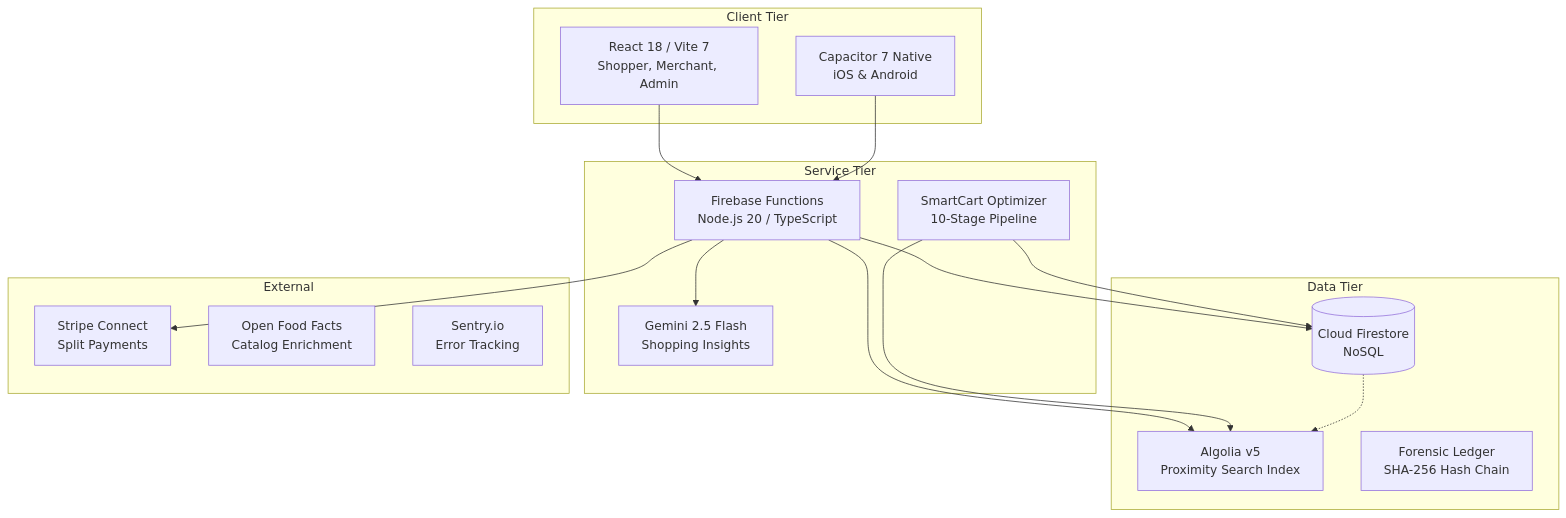
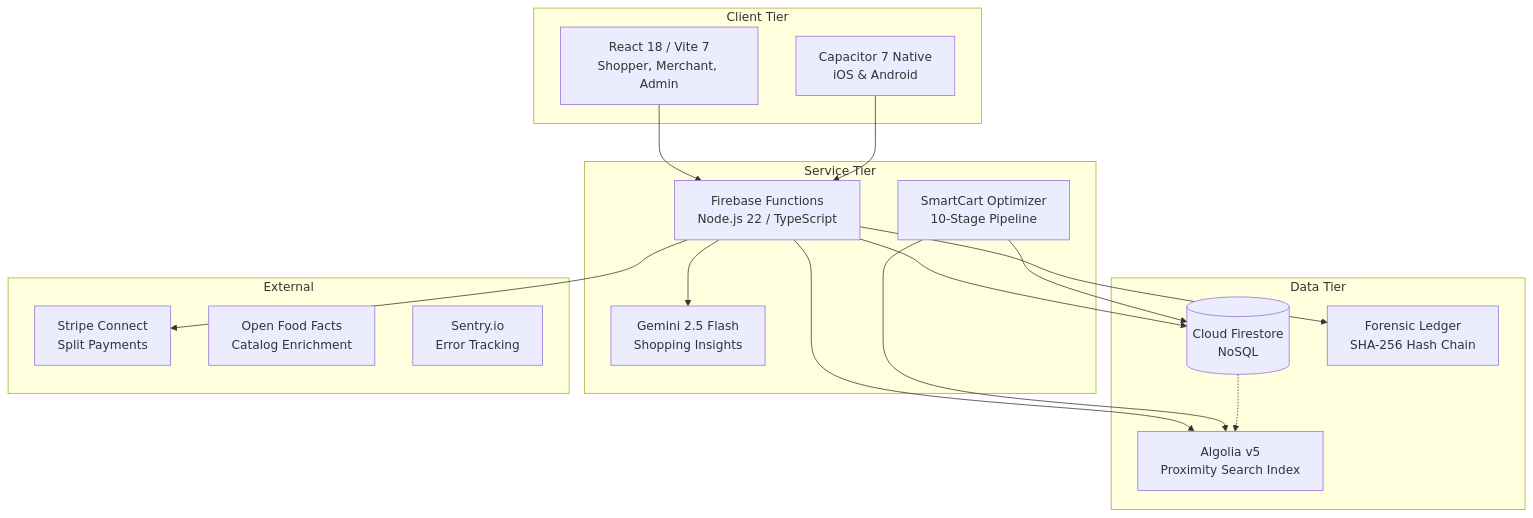
One commit to spendigo-admin/spendigo-v1-relational_db changed the diagram in docs/ARCHITECTURE.md. Above: the diagram before and after it, drawn with Mermaid. The commit also changed other lines of this file and 29 other files, not shown here.

````diff
--- a/docs/ARCHITECTURE.md
+++ b/docs/ARCHITECTURE.md
@@ -21,31 +21,32 @@
 ```mermaid
 graph TB
     subgraph Client Tier
         Web[React 18 / Vite 7<br/>Shopper, Merchant, Admin]
         Mobile[Capacitor 7 Native<br/>iOS & Android]
     end
 
     subgraph Service Tier
-        API[Firebase Functions<br/>Node.js 20 / TypeScript]
+        API[Firebase Functions<br/>Node.js 22 / TypeScript]
         Optimizer[SmartCart Optimizer<br/>10-Stage Pipeline]
         AI[Gemini 2.5 Flash<br/>Shopping Insights]
     end
 
     subgraph Data Tier
         DB[(Cloud Firestore<br/>NoSQL)]
         Search[Algolia v5<br/>Proximity Search Index]
         Audit[Forensic Ledger<br/>SHA-256 Hash Chain]
     end
 
     subgraph External
         Stripe[Stripe Connect<br/>Split Payments]
         OpenFood[Open Food Facts<br/>Catalog Enrichment]
         Sentry[Sentry.io<br/>Error Tracking]
     end
 
     Web & Mobile --> API
     API --> DB & Search
     API --> Stripe & AI
+    API --> Audit
     Optimizer --> Search & DB
     DB -.-> Search
 ```
````
